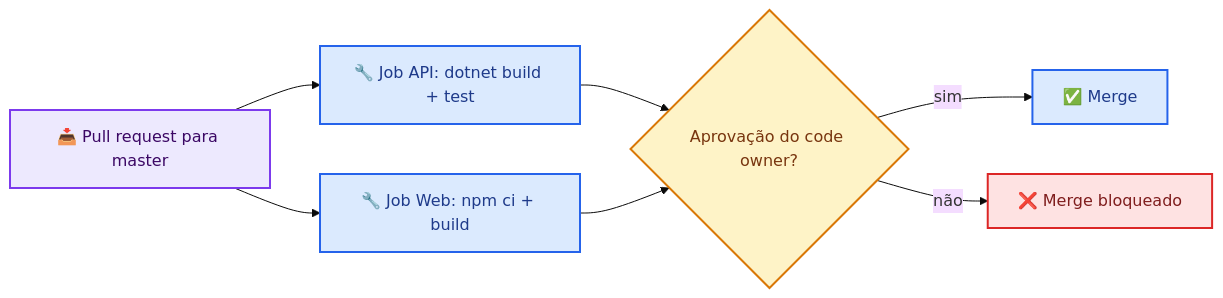
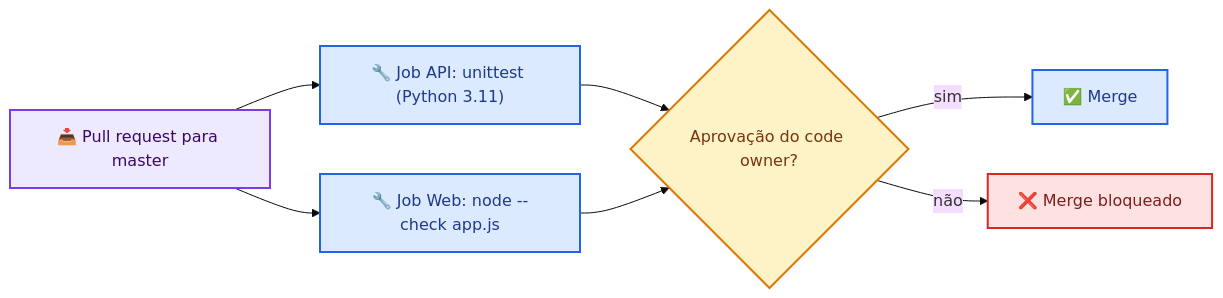
Before and after one commit to alepspizzetti/SprintFlow: the sixth of 7 diagrams in .docs/ARQUITETURA.md, drawn with Mermaid (base theme). The commit also changed other lines of this file and 54 other files, not shown here.

````diff
--- a/.docs/ARQUITETURA.md
+++ b/.docs/ARQUITETURA.md
@@ -319,21 +323,21 @@
 ```mermaid
 flowchart LR
   classDef api fill:#EDE9FE,stroke:#7C3AED,color:#3B0764,stroke-width:2px
   classDef processo fill:#DBEAFE,stroke:#2563EB,color:#1E3A8A,stroke-width:2px
   classDef decisao fill:#FEF3C7,stroke:#D97706,color:#78350F,stroke-width:2px
   classDef erro fill:#FEE2E2,stroke:#DC2626,color:#7F1D1D,stroke-width:2px
 
   pr["📥 Pull request para master"]:::api
-  jobapi["🔧 Job API: dotnet build + test"]:::processo
-  jobweb["🔧 Job Web: npm ci + build"]:::processo
+  jobapi["🔧 Job API: unittest (Python 3.11)"]:::processo
+  jobweb["🔧 Job Web: node --check app.js"]:::processo
   owner{"Aprovação do code owner?"}:::decisao
   merge["✅ Merge"]:::processo
   bloqueio["❌ Merge bloqueado"]:::erro
 
   pr --> jobapi
   pr --> jobweb
   jobapi --> owner
   jobweb --> owner
   owner -->|sim| merge
   owner -->|não| bloqueio
 ```
````
